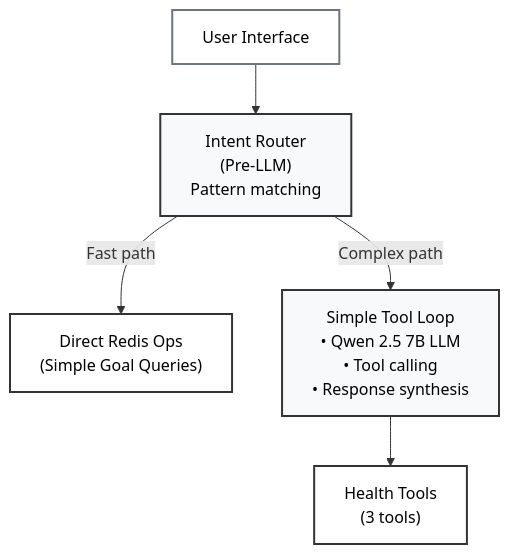
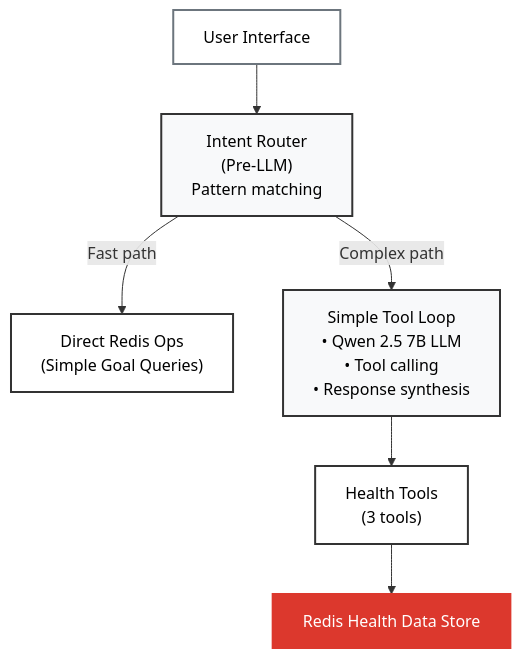
The first of 2 diagrams in docs/STATELESS_AGENT.md (AllieRays/redis-wellness), drawn with Mermaid before and after one commit. The commit also changed other lines of this file, not shown here.

````diff
--- a/docs/STATELESS_AGENT.md
+++ b/docs/STATELESS_AGENT.md
@@ -38,22 +73,25 @@
 ```mermaid
 flowchart TB
     UI["User Interface"]
     Router["Intent Router<br/>(Pre-LLM)<br/>Pattern matching"]
 
     FastPath["Direct Redis Ops<br/>(Simple Goal Queries)"]
     SimpleLoop["Simple Tool Loop<br/>• Qwen 2.5 7B LLM<br/>• Tool calling<br/>• Response synthesis"]
 
     Tools["Health Tools<br/>(3 tools)"]
+    RedisData["Redis Health Data Store"]
 
     UI --> Router
     Router -->|"Fast path"| FastPath
     Router -->|"Complex path"| SimpleLoop
 
     SimpleLoop --> Tools
+    Tools --> RedisData
 
     style UI fill:#fff,stroke:#6c757d,stroke-width:2px,color:#000
     style Router fill:#f8f9fa,stroke:#333,stroke-width:2px,color:#000
     style FastPath fill:#fff,stroke:#333,stroke-width:2px,color:#000
     style SimpleLoop fill:#f8f9fa,stroke:#333,stroke-width:2px,color:#000
     style Tools fill:#fff,stroke:#333,stroke-width:2px,color:#000
+    style RedisData fill:#dc382d,stroke:#dc382d,stroke-width:2px,color:#fff
 ```
````
